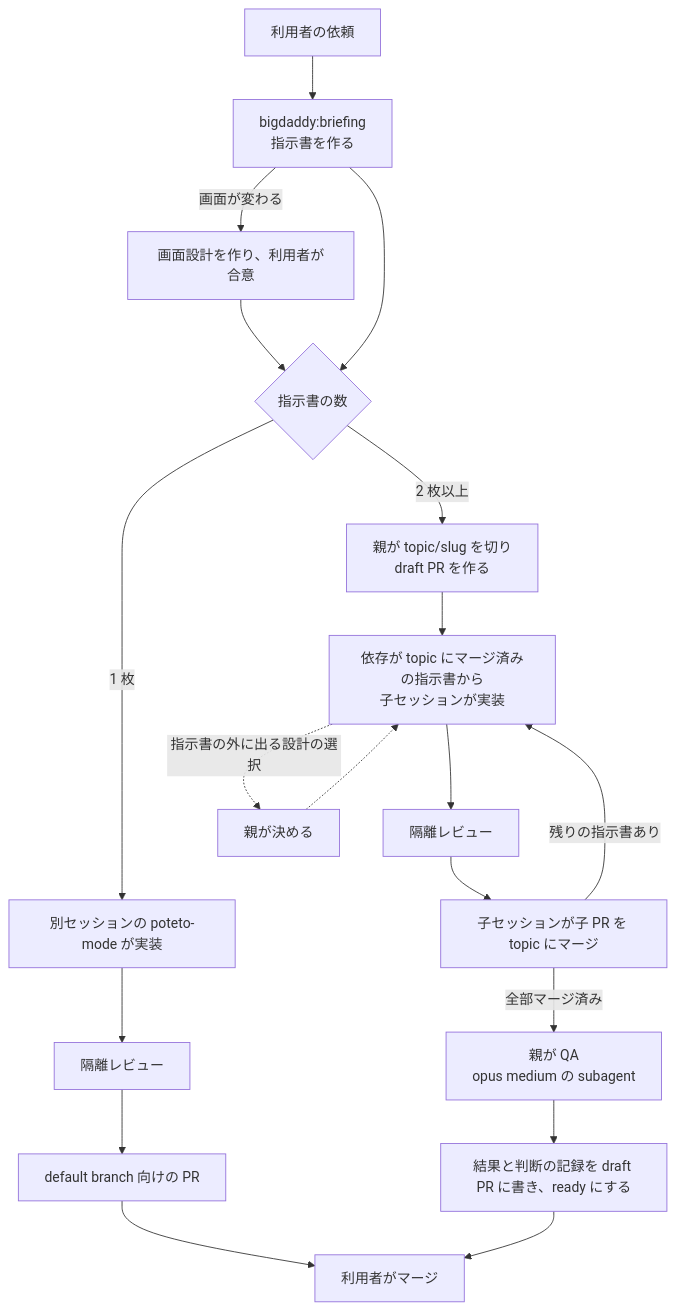
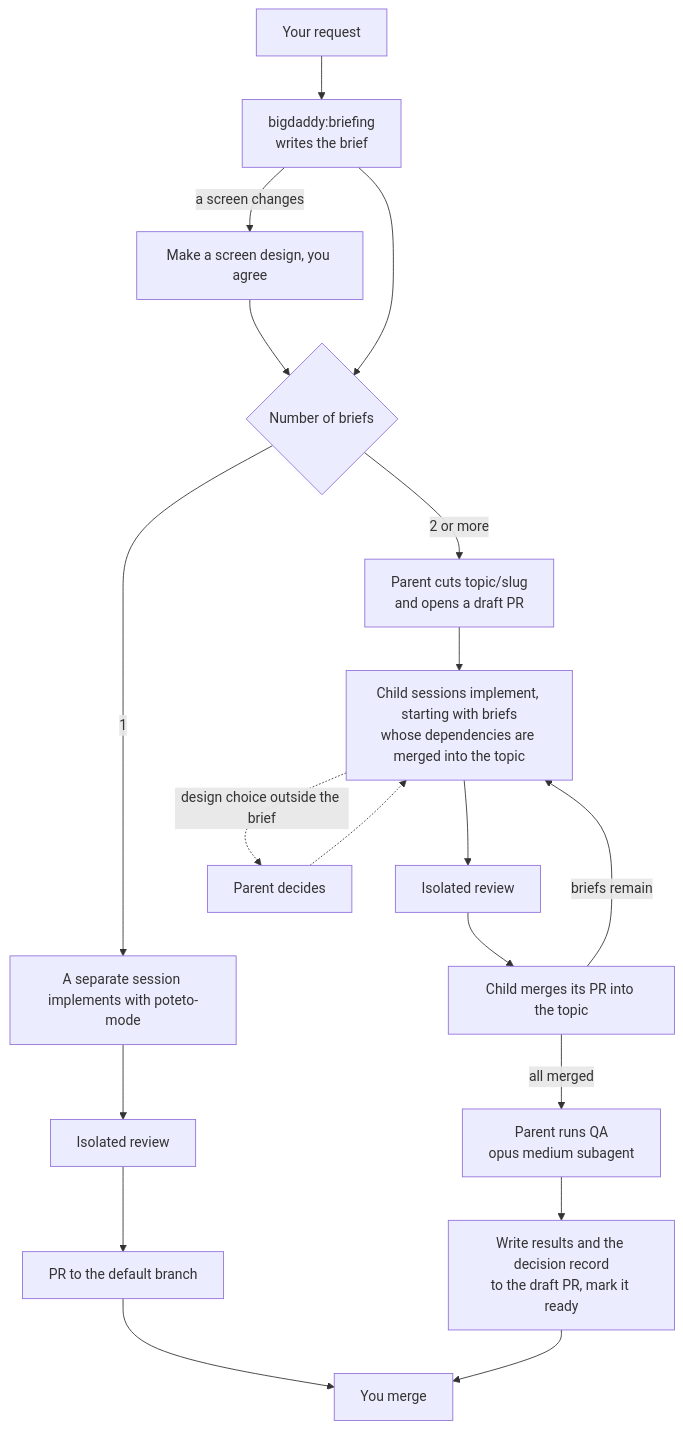
Before and after one commit to iamyosei/bigdaddy: the diagram in docs/workflow.md, drawn with Mermaid. The commit also changed other lines of this file and 8 other files, not shown here.

````diff
--- a/docs/workflow.md
+++ b/docs/workflow.md
@@ -7,21 +7,21 @@
 ```mermaid
 flowchart TD
-    U["利用者の依頼"] --> B["bigdaddy:briefing<br/>指示書を作る"]
-    B -->|"画面が変わる"| D["画面設計を作り、利用者が合意"]
+    U["Your request"] --> B["bigdaddy:briefing<br/>writes the brief"]
+    B -->|"a screen changes"| D["Make a screen design, you agree"]
     D --> N
-    B --> N{"指示書の数"}
-    N -->|"1 枚"| I1["別セッションの poteto-mode が実装"]
-    I1 --> R1["隔離レビュー"]
-    R1 --> P1["default branch 向けの PR"]
-    P1 --> M["利用者がマージ"]
-    N -->|"2 枚以上"| T["親が topic/slug を切り<br/>draft PR を作る"]
-    T --> I2["依存が topic にマージ済みの指示書から<br/>子セッションが実装"]
-    I2 --> R2["隔離レビュー"]
-    R2 --> C["子セッションが子 PR を topic にマージ"]
-    C -->|"残りの指示書あり"| I2
-    C -->|"全部マージ済み"| Q["親が QA<br/>opus medium の subagent"]
-    Q --> RD["結果と判断の記録を draft PR に書き、ready にする"]
+    B --> N{"Number of briefs"}
+    N -->|"1"| I1["A separate session implements with poteto-mode"]
+    I1 --> R1["Isolated review"]
+    R1 --> P1["PR to the default branch"]
+    P1 --> M["You merge"]
+    N -->|"2 or more"| T["Parent cuts topic/slug<br/>and opens a draft PR"]
+    T --> I2["Child sessions implement, starting with briefs<br/>whose dependencies are merged into the topic"]
+    I2 --> R2["Isolated review"]
+    R2 --> C["Child merges its PR into the topic"]
+    C -->|"briefs remain"| I2
+    C -->|"all merged"| Q["Parent runs QA<br/>opus medium subagent"]
+    Q --> RD["Write results and the decision record<br/>to the draft PR, mark it ready"]
     RD --> M
-    I2 -.->|"指示書の外に出る設計の選択"| PA["親が決める"]
+    I2 -.->|"design choice outside the brief"| PA["Parent decides"]
     PA -.-> I2
 ```
````
